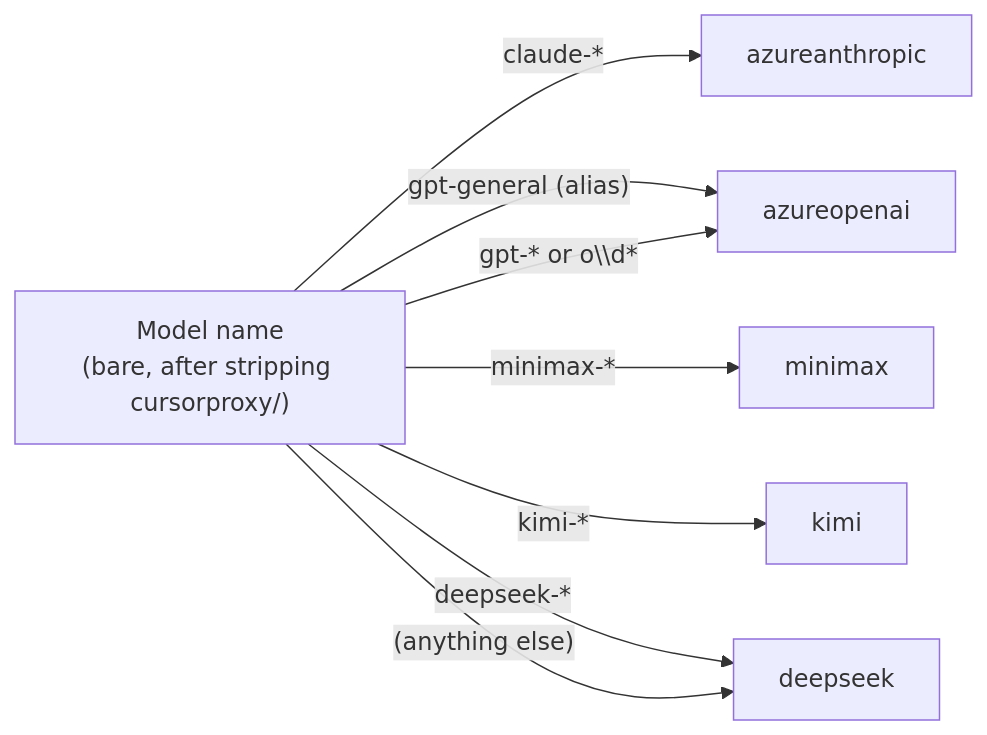
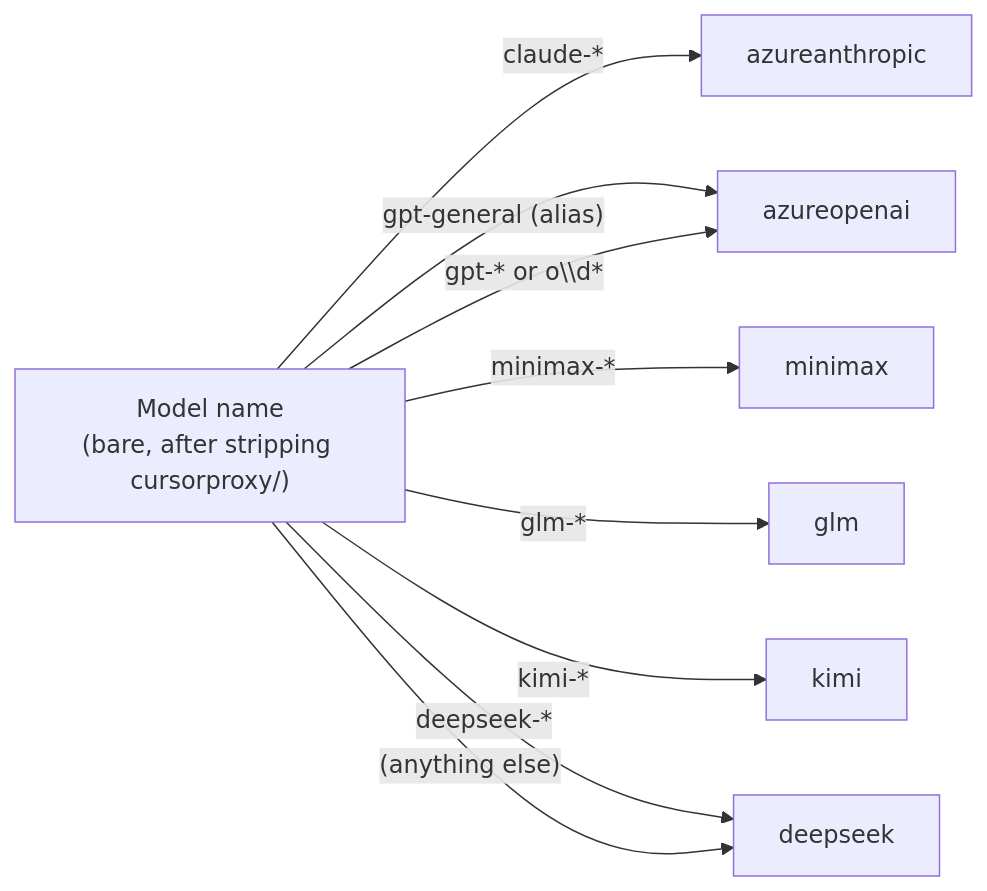
Before and after one commit to lqdflying/cursorProxy: the fourth of 4 diagrams in doc/architecture-overview.md, drawn with Mermaid. The commit also changed other lines of this file and 19 other files, not shown here.

````diff
--- a/doc/architecture-overview.md
+++ b/doc/architecture-overview.md
@@ -128,12 +131,13 @@
 ```mermaid
 flowchart LR
     M["Model name\n(bare, after stripping cursorproxy/)"]
 
     M -->|"claude-*"| AA2["azureanthropic"]
     M -->|"gpt-general (alias)"| AO2["azureopenai"]
     M -->|"gpt-* or o\\d*"| AO2
     M -->|"minimax-*"| MM2["minimax"]
+    M -->|"glm-*"| GLM2["glm"]
     M -->|"kimi-*"| KI2["kimi"]
     M -->|"deepseek-*"| DS2["deepseek"]
     M -->|"(anything else)"| DS2
 ```
````
